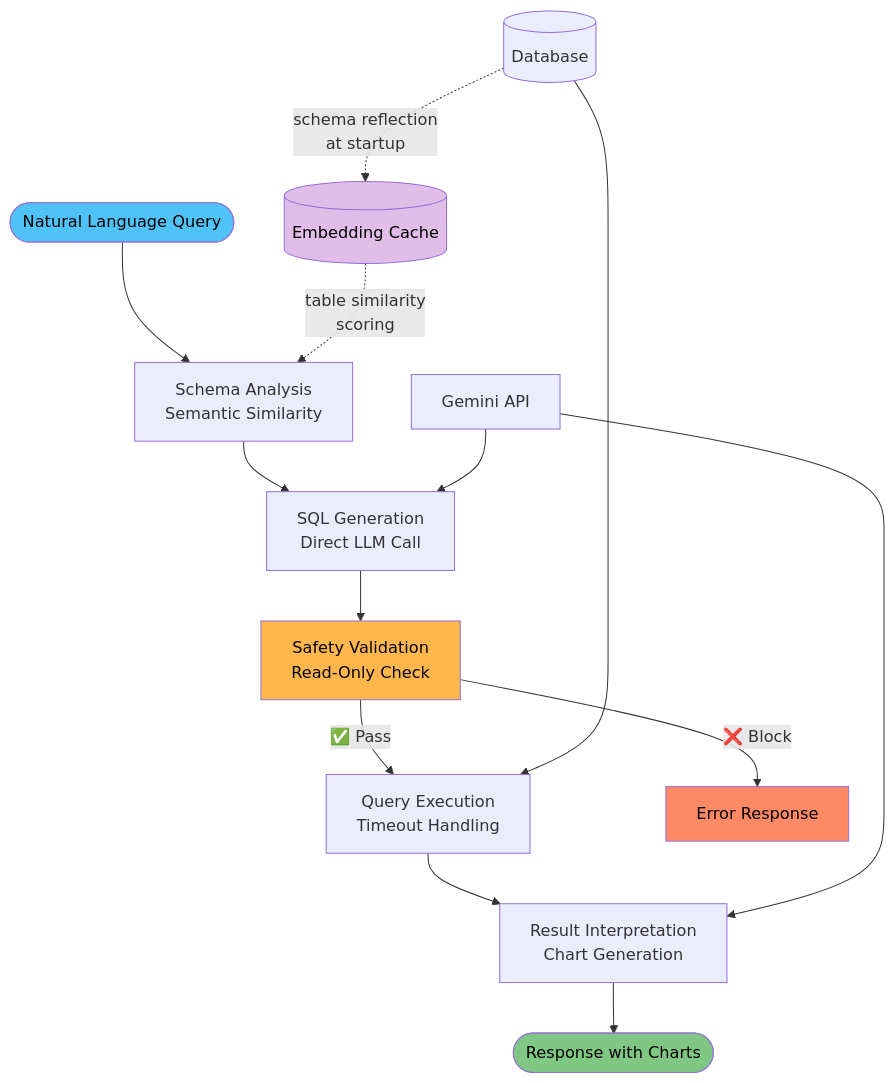
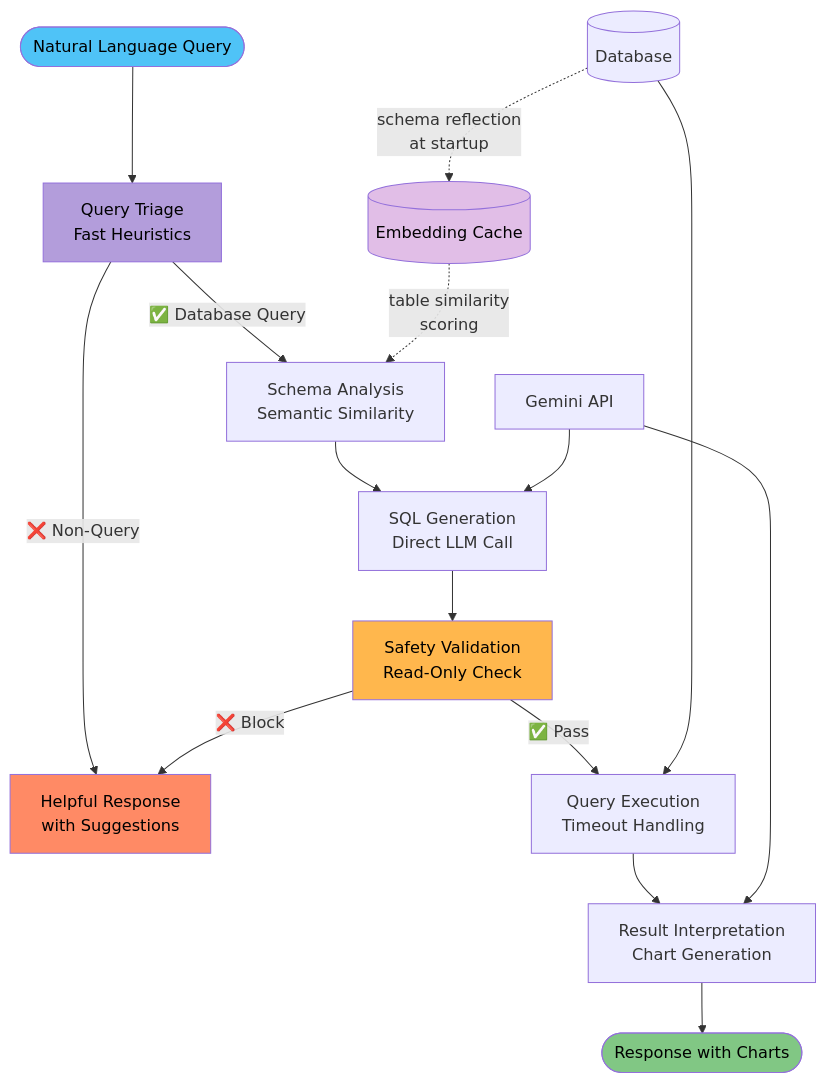
Before and after one commit to keo571/netquery: the diagram in README.md, drawn with Mermaid. The commit also changed other lines of this file and 32 other files, not shown here.

````diff
--- a/README.md
+++ b/README.md
@@ -7,22 +7,25 @@
 ```mermaid
 flowchart TD
-    A([Natural Language Query]) --> B[Schema Analysis<br/>Semantic Similarity]
+    A([Natural Language Query]) --> T[Query Triage<br/>Fast Heuristics]
+    T -->|✅ Database Query| B[Schema Analysis<br/>Semantic Similarity]
+    T -->|❌ Non-Query| H[Helpful Response<br/>with Suggestions]
     B --> C[SQL Generation<br/>Direct LLM Call]
     C --> D[Safety Validation<br/>Read-Only Check]
     D -->|✅ Pass| E[Query Execution<br/>Timeout Handling]
-    D -->|❌ Block| H[Error Response]
+    D -->|❌ Block| H
     E --> F[Result Interpretation<br/>Chart Generation]
     F --> G([Response with Charts])
 
     DB[(Database)] -.->|schema reflection<br/>at startup| CACHE
     CACHE[(Embedding Cache)] -.->|table similarity<br/>scoring| B
     LLM[Gemini API] --> C
     LLM --> F
     DB --> E
 
     style A fill:#4FC3F7,color:#000
+    style T fill:#B39DDB,color:#000
     style G fill:#81C784,color:#000
     style H fill:#FF8A65,color:#000
     style D fill:#FFB74D,color:#000
     style CACHE fill:#E1BEE7,color:#000
 ```
````
